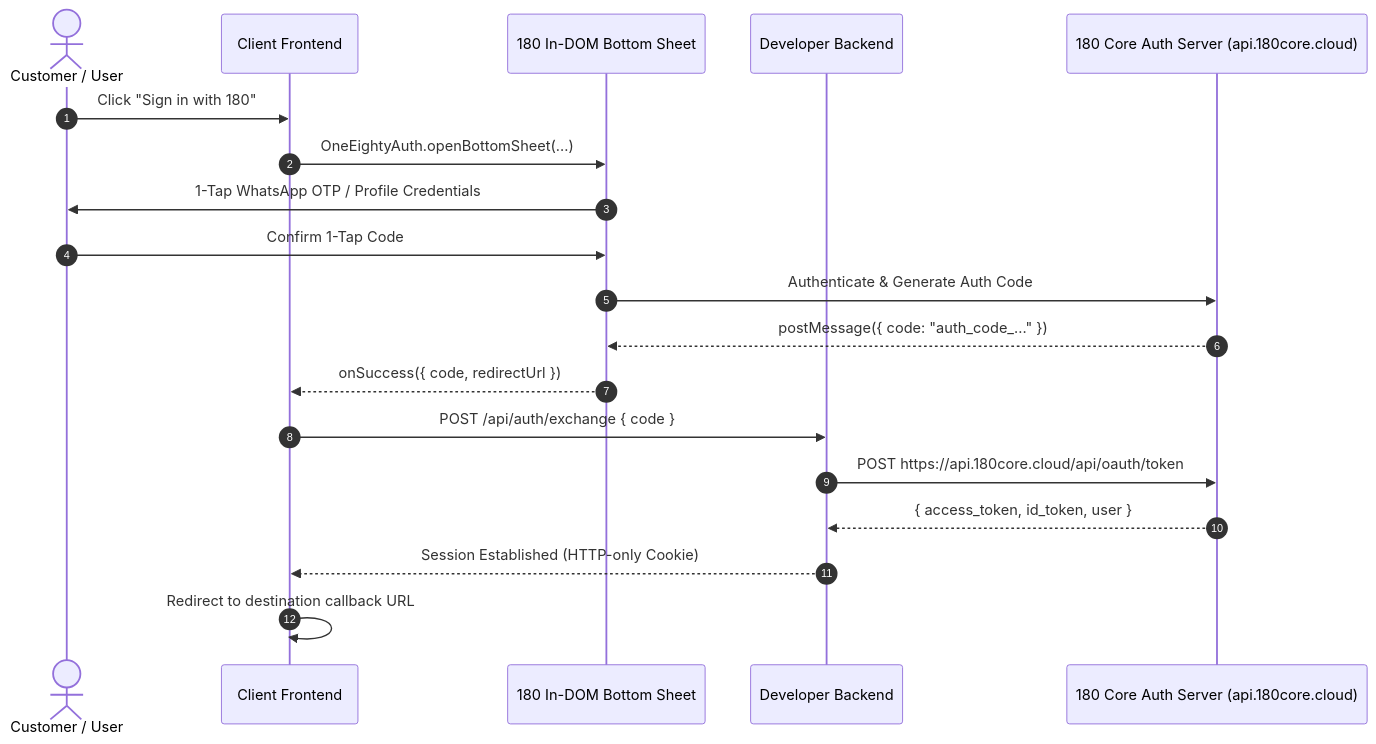
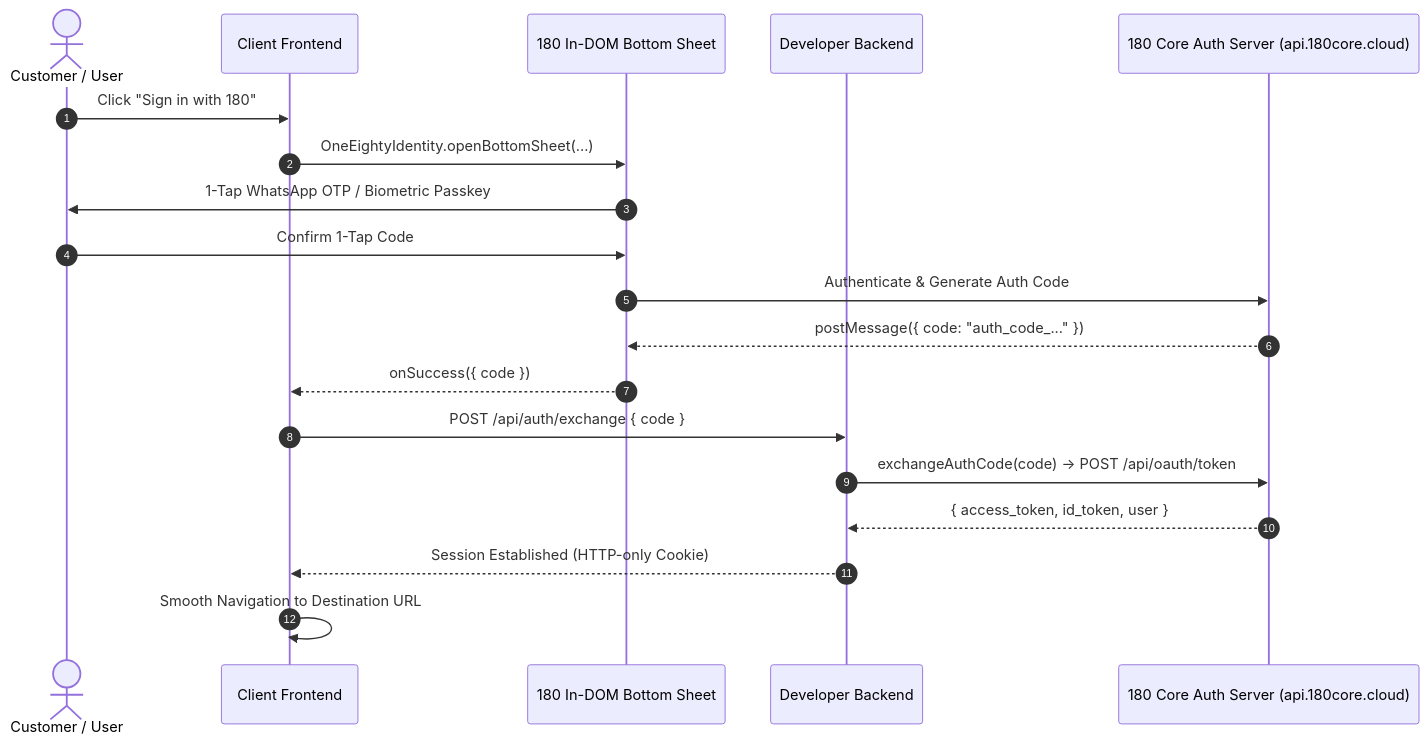
One commit to simplicion/180Public-Sites changed the diagram in apps/docs/docs/products/180-core/180-identity/01-getting-started.md. Above: the diagram before and after it, drawn with Mermaid. The commit also changed other lines of this file and 12 other files, not shown here.

````diff
--- a/apps/docs/docs/products/180-core/180-identity/01-getting-started.md
+++ b/apps/docs/docs/products/180-core/180-identity/01-getting-started.md
@@ -15,22 +15,22 @@
 ```mermaid
 sequenceDiagram
     autonumber
     actor User as Customer / User
     participant App as Client Frontend
     participant Sheet as 180 In-DOM Bottom Sheet
     participant Backend as Developer Backend
     participant Identity as 180 Core Auth Server (api.180core.cloud)
 
     User->>App: Click "Sign in with 180"
-    App->>Sheet: OneEightyAuth.openBottomSheet(...)
-    Sheet->>User: 1-Tap WhatsApp OTP / Profile Credentials
+    App->>Sheet: OneEightyIdentity.openBottomSheet(...)
+    Sheet->>User: 1-Tap WhatsApp OTP / Biometric Passkey
     User->>Sheet: Confirm 1-Tap Code
     Sheet->>Identity: Authenticate & Generate Auth Code
     Identity-->>Sheet: postMessage({ code: "auth_code_..." })
-    Sheet-->>App: onSuccess({ code, redirectUrl })
+    Sheet-->>App: onSuccess({ code })
     App->>Backend: POST /api/auth/exchange { code }
-    Backend->>Identity: POST https://api.180core.cloud/api/oauth/token
+    Backend->>Identity: exchangeAuthCode(code) -> POST /api/oauth/token
     Identity-->>Backend: { access_token, id_token, user }
     Backend-->>App: Session Established (HTTP-only Cookie)
-    App->>App: Redirect to destination callback URL
+    App->>App: Smooth Navigation to Destination URL
 ```
````
